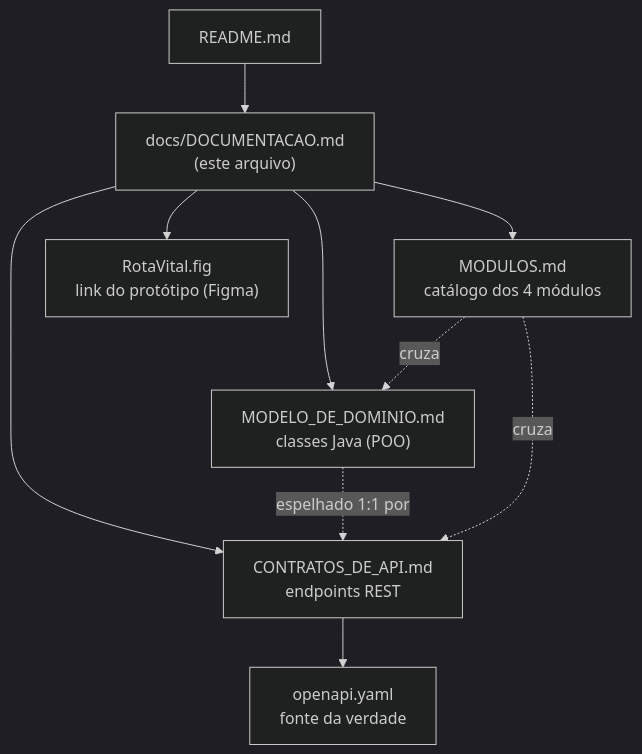
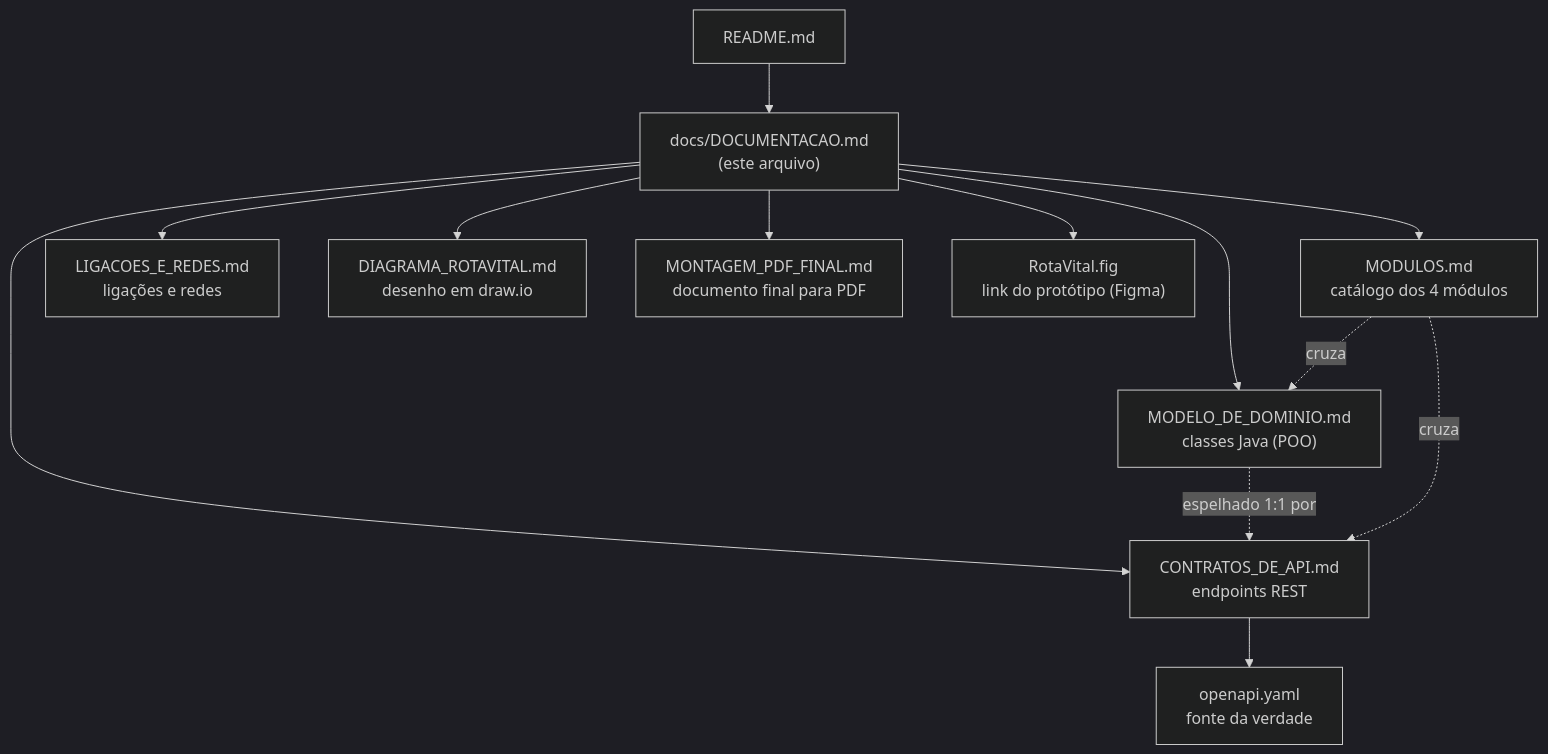
One commit to viictorpaes/Rotavital changed the diagram in docs/DOCUMENTACAO.md. Above: the diagram before and after it, drawn with Mermaid (dark theme). The commit also changed other lines of this file and 4 other files, not shown here.

Commit message:
feat: tabela de ligações e protocolos; def de redes e sub-redes; desenho do diagrma no draw.io com legenda; pdf + verificação cruzada

````diff
--- a/docs/DOCUMENTACAO.md
+++ b/docs/DOCUMENTACAO.md
@@ -29,12 +32,15 @@
 ```mermaid
 flowchart TD
     R["README.md"] --> IDX["docs/DOCUMENTACAO.md<br/>(este arquivo)"]
     IDX --> DOM["MODELO_DE_DOMINIO.md<br/>classes Java (POO)"]
     IDX --> API["CONTRATOS_DE_API.md<br/>endpoints REST"]
     IDX --> MOD["MODULOS.md<br/>catálogo dos 4 módulos"]
+    IDX --> NET["LIGACOES_E_REDES.md<br/>ligações e redes"]
+    IDX --> DIA["DIAGRAMA_ROTAVITAL.md<br/>desenho em draw.io"]
+    IDX --> PDF["MONTAGEM_PDF_FINAL.md<br/>documento final para PDF"]
     API --> SPEC["openapi.yaml<br/>fonte da verdade"]
     DOM -. "espelhado 1:1 por" .-> API
     MOD -. "cruza" .-> DOM
     MOD -. "cruza" .-> API
     IDX --> FIG["RotaVital.fig<br/>link do protótipo (Figma)"]
 ```
````
